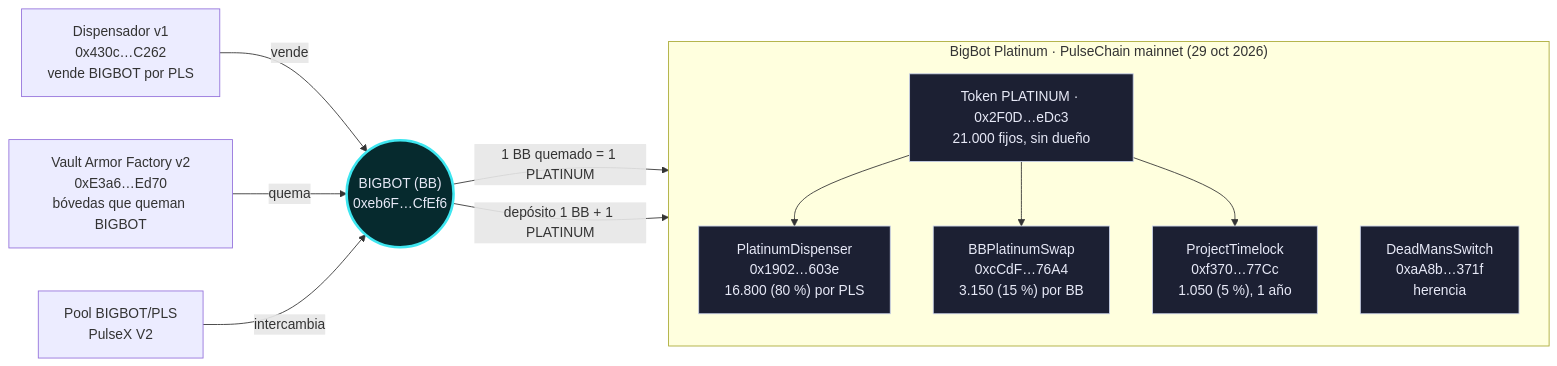
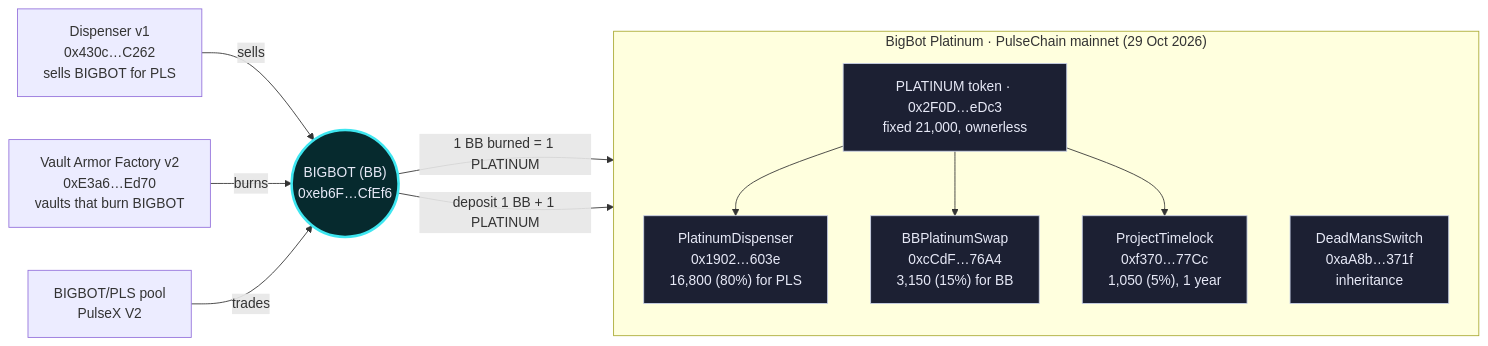
One commit to yvybitec-Bigbot/bigbot-project changed the diagram in assets/diagrams/ecosystem.mmd. Above: the diagram before and after it, drawn with Mermaid. The commit also changed 10 other files, not shown here.

Commit message:
Platinum: translate section, ecosystem map and security/review into English; re-render diagrams in English; add 3 illustrations (swap, dead man's switch, ecosystem) as WebP

```diff
--- a/assets/diagrams/ecosystem.mmd
+++ b/assets/diagrams/ecosystem.mmd
@@ -1,40 +1,40 @@
 flowchart LR
-  DISP["Dispensador v1
+  DISP["Dispenser v1
 0x430c…C262
-vende BIGBOT por PLS"]
+sells BIGBOT for PLS"]
   VA["Vault Armor Factory v2
 0xE3a6…Ed70
-bóvedas que queman BIGBOT"]
-  POOL["Pool BIGBOT/PLS
+vaults that burn BIGBOT"]
+  POOL["BIGBOT/PLS pool
 PulseX V2"]
   BB(("BIGBOT (BB)
 0xeb6F…CfEf6"))
-  subgraph PLAT["BigBot Platinum · PulseChain mainnet (29 oct 2026)"]
+  subgraph PLAT["BigBot Platinum · PulseChain mainnet (29 Oct 2026)"]
     direction TB
-    PT["Token PLATINUM · 0x2F0D…eDc3
-21.000 fijos, sin dueño"]
+    PT["PLATINUM token · 0x2F0D…eDc3
+fixed 21,000, ownerless"]
     PD["PlatinumDispenser
 0x1902…603e
-16.800 (80 %) por PLS"]
+16,800 (80%) for PLS"]
     SW["BBPlatinumSwap
 0xcCdF…76A4
-3.150 (15 %) por BB"]
+3,150 (15%) for BB"]
     TL["ProjectTimelock
 0xf370…77Cc
-1.050 (5 %), 1 año"]
+1,050 (5%), 1 year"]
     DMS["DeadMansSwitch
 0xaA8b…371f
-herencia"]
+inheritance"]
     PT --> PD
     PT --> SW
     PT --> TL
   end
-  DISP -- "vende" --> BB
-  VA -- "quema" --> BB
-  POOL -- "intercambia" --> BB
-  BB -- "1 BB quemado = 1 PLATINUM" --> SW
-  BB -- "depósito 1 BB + 1 PLATINUM" --> DMS
+  DISP -- "sells" --> BB
+  VA -- "burns" --> BB
+  POOL -- "trades" --> BB
+  BB -- "1 BB burned = 1 PLATINUM" --> SW
+  BB -- "deposit 1 BB + 1 PLATINUM" --> DMS
   classDef core fill:#062a2e,stroke:#3ee6f0,stroke-width:3px,color:#e7e9f7
   classDef plat fill:#1c2033,stroke:#c9d1e8,color:#e7e9f7
   class BB core
   class PT,PD,SW,TL,DMS plat
```
